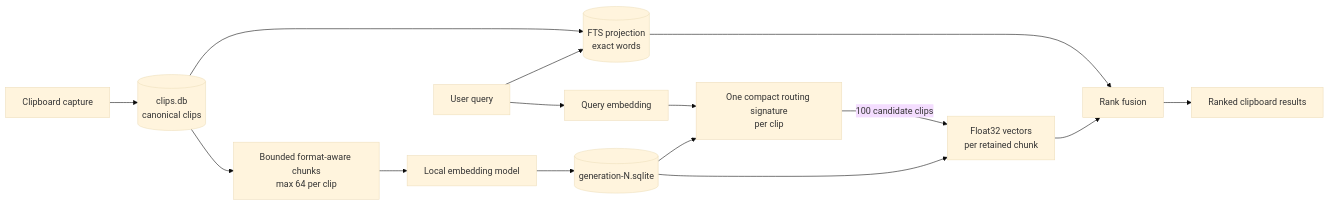
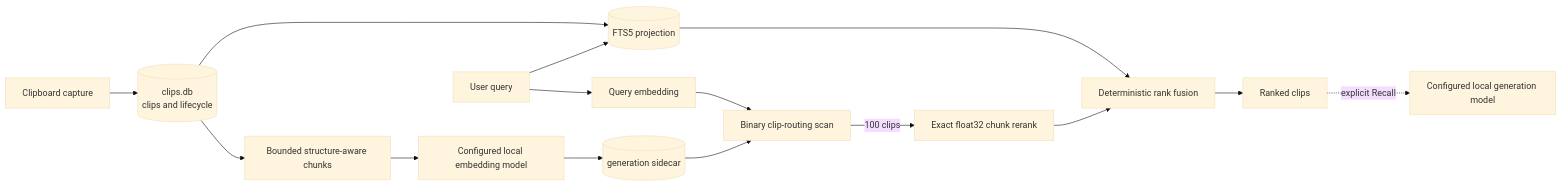
Before and after one commit to azure06/clipsx: the first of 2 diagrams in docs/SEMANTIC_SEARCH_ARCHITECTURE.md, drawn with Mermaid (base theme). The commit also changed other lines of this file and 8 other files, not shown here.

Commit message:
docs: consolidate semantic search architecture

````diff
--- a/docs/SEMANTIC_SEARCH_ARCHITECTURE.md
+++ b/docs/SEMANTIC_SEARCH_ARCHITECTURE.md
@@ -47,17 +51,17 @@
 ```mermaid
 flowchart LR
-    Capture[Clipboard capture] --> Canonical[(clips.db<br/>canonical clips)]
-    Canonical --> FTS[(FTS projection<br/>exact words)]
-    Canonical --> Chunk[Bounded format-aware chunks<br/>max 64 per clip]
-    Chunk --> Embed[Local embedding model]
-    Embed --> Sidecar[(generation-N.sqlite)]
-    Sidecar --> Route[One compact routing signature<br/>per clip]
-    Sidecar --> Exact[Float32 vectors<br/>per retained chunk]
+    Capture[Clipboard capture] --> Canonical[(clips.db<br/>clips and lifecycle)]
+    Canonical --> FTS[(FTS5 projection)]
+    Canonical --> Chunk[Bounded structure-aware chunks]
+    Chunk --> Embed[Configured local embedding model]
+    Embed --> Sidecar[(generation sidecar)]
     Query[User query] --> FTS
     Query --> QueryEmbedding[Query embedding]
-    QueryEmbedding --> Route
-    Route -->|100 candidate clips| Exact
-    FTS --> Fuse[Rank fusion]
-    Exact --> Fuse
-    Fuse --> Results[Ranked clipboard results]
+    QueryEmbedding --> Route[Binary clip-routing scan]
+    Sidecar --> Route
+    Route -->|100 clips| Rerank[Exact float32 chunk rerank]
+    FTS --> Fuse[Deterministic rank fusion]
+    Rerank --> Fuse
+    Fuse --> Results[Ranked clips]
+    Results -. explicit Recall .-> LLM[Configured local generation model]
 ```
````
